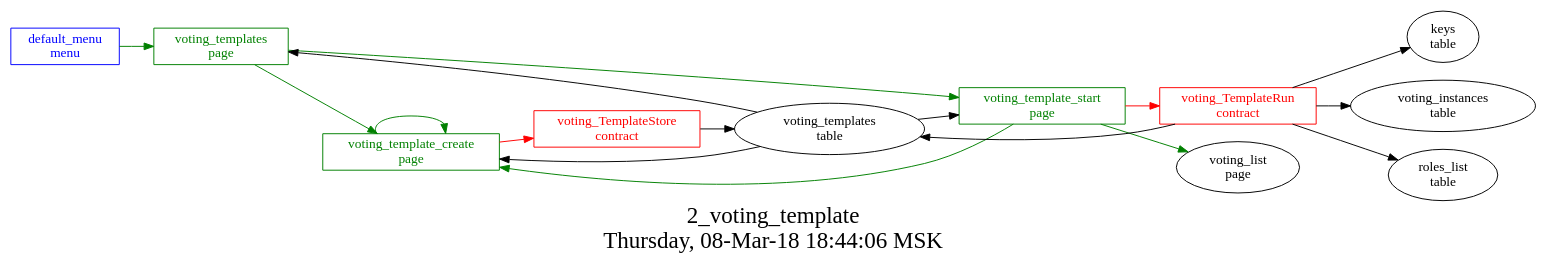
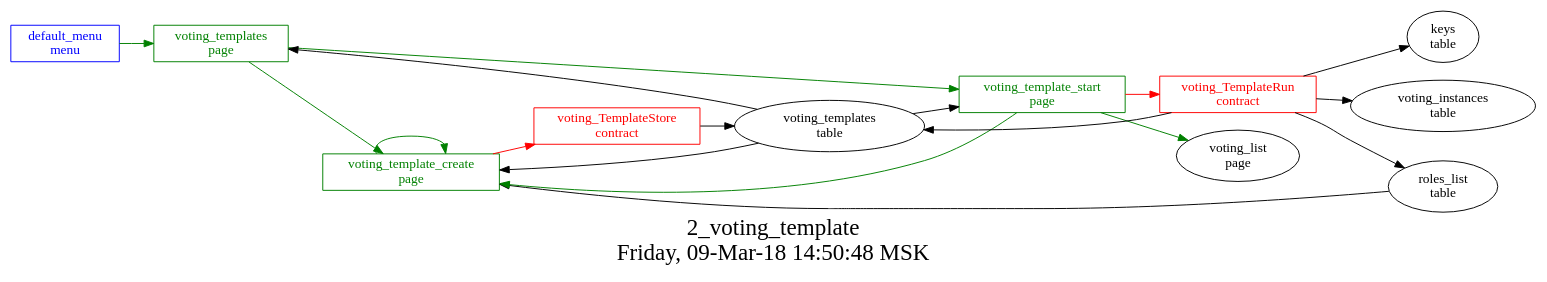
Before and after one commit to AplaProject/apps: the diagram in src/basic/basic_main/2_voting_templates/struct.dot, drawn with Graphviz. The commit also changed 5 other files, not shown here.

```diff
--- a/src/basic/basic_main/2_voting_templates/struct.dot
+++ b/src/basic/basic_main/2_voting_templates/struct.dot
@@ -1,33 +1,34 @@
 digraph G {
 graph [
   fontsize="24";
-  label="2_voting_template\nThursday, 08-Mar-18 18:44:06 MSK";
+  label="2_voting_template\nFriday, 09-Mar-18 14:50:48 MSK";
   nojustify=true;
   ordering=out;
   rankdir=LR;
   size="30";
 ];
 "default_menu\nmenu" -> "voting_templates\npage"  [ color=green ]
 "default_menu\nmenu" [color=blue, fontcolor=blue, group=menus, shape=record];
 "voting_template_create\npage" -> "voting_TemplateStore\ncontract"  [ color=red ]
 "voting_templates\ntable" -> "voting_template_create\npage"  [ color="" ]
+"roles_list\ntable" -> "voting_template_create\npage"  [ color="" ]
 "voting_template_create\npage" -> "voting_template_create\npage"  [ color=green ]
 "voting_template_create\npage" [color=green, fontcolor=green, group=pages, shape=record];
 "voting_template_start\npage" -> "voting_TemplateRun\ncontract"  [ color=red ]
 "voting_templates\ntable" -> "voting_template_start\npage"  [ color="" ]
 "voting_template_start\npage" -> "voting_template_create\npage"  [ color=green ]
 "voting_template_start\npage" -> "voting_list\npage"  [ color=green ]
 "voting_template_start\npage" [color=green, fontcolor=green, group=pages, shape=record];
 "voting_templates\ntable" -> "voting_templates\npage"  [ color="" ]
 "voting_templates\npage" -> "voting_template_start\npage"  [ color=green ]
 "voting_templates\npage" -> "voting_template_create\npage"  [ color=green ]
 "voting_templates\npage" [color=green, fontcolor=green, group=pages, shape=record];
 "voting_TemplateRun\ncontract" -> "voting_templates\ntable"  [ color="" ]
 "voting_TemplateRun\ncontract" -> "keys\ntable"  [ color="" ]
 "voting_TemplateRun\ncontract" -> "voting_instances\ntable"  [ color="" ]
 "voting_TemplateRun\ncontract" -> "roles_list\ntable"  [ color="" ]
 "voting_TemplateRun\ncontract" [color=red, fontcolor=red, group=contracts, shape=record];
 "voting_TemplateStore\ncontract" -> "voting_templates\ntable"  [ color="" ]
 "voting_TemplateStore\ncontract" [color=red, fontcolor=red, group=contracts, shape=record];
 "voting_templates\ntable" [color="", fontcolor="", group=tables, shape=""];
 }
```
